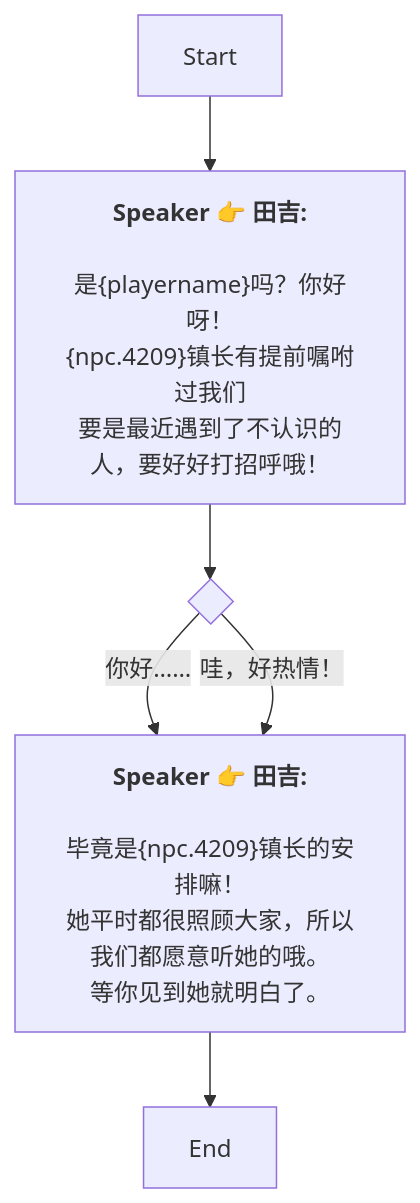
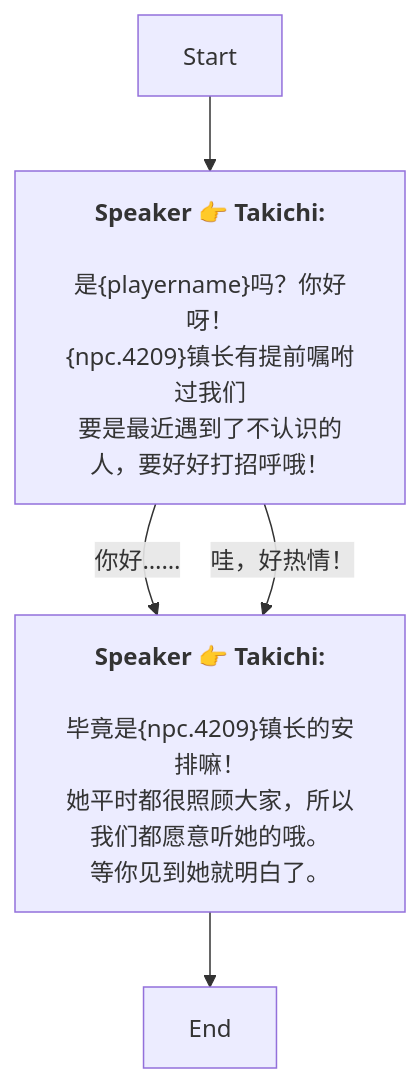
The diagram in Zh/AddDialogNode_1741891507856655.md (SoftHu/tos_avg), drawn with Mermaid before and after one commit. The commit also changed 737 other files, not shown here.

````diff
--- a/Zh/AddDialogNode_1741891507856655.md
+++ b/Zh/AddDialogNode_1741891507856655.md
@@ -1,21 +1,17 @@
 ```mermaid
 graph
-Start -->1741899941162299[<b>Speaker 👉 田吉:</b>
-
-是&lbrace;playername&rbrace;吗？你好呀！
+Start -->1741899941162299[<b>Speaker 👉 Takichi:</b>
+\n是&lbrace;playername&rbrace;吗？你好呀！
 &lbrace;npc.4209&rbrace;镇长有提前嘱咐过我们
 要是最近遇到了不认识的人，要好好打招呼哦！]
-1741899941162299 -->1741900441455932{ }
-1741900441455932 -->|你好……|1741900457358657[<b>Speaker 👉 田吉:</b>
-
-毕竟是&lbrace;npc.4209&rbrace;镇长的安排嘛！
+1741899941162299 -->|你好……|1741900457358657[<b>Speaker 👉 Takichi:</b>
+\n毕竟是&lbrace;npc.4209&rbrace;镇长的安排嘛！
 她平时都很照顾大家，所以我们都愿意听她的哦。
 等你见到她就明白了。]
-1741900441455932 -->|哇，好热情！|1741900457358657[<b>Speaker 👉 田吉:</b>
-
-毕竟是&lbrace;npc.4209&rbrace;镇长的安排嘛！
+1741899941162299 -->|哇，好热情！|1741900457358657[<b>Speaker 👉 Takichi:</b>
+\n毕竟是&lbrace;npc.4209&rbrace;镇长的安排嘛！
 她平时都很照顾大家，所以我们都愿意听她的哦。
 等你见到她就明白了。]
 1741900457358657 -->1741900507553090[End]
 
- ```
+```
````
